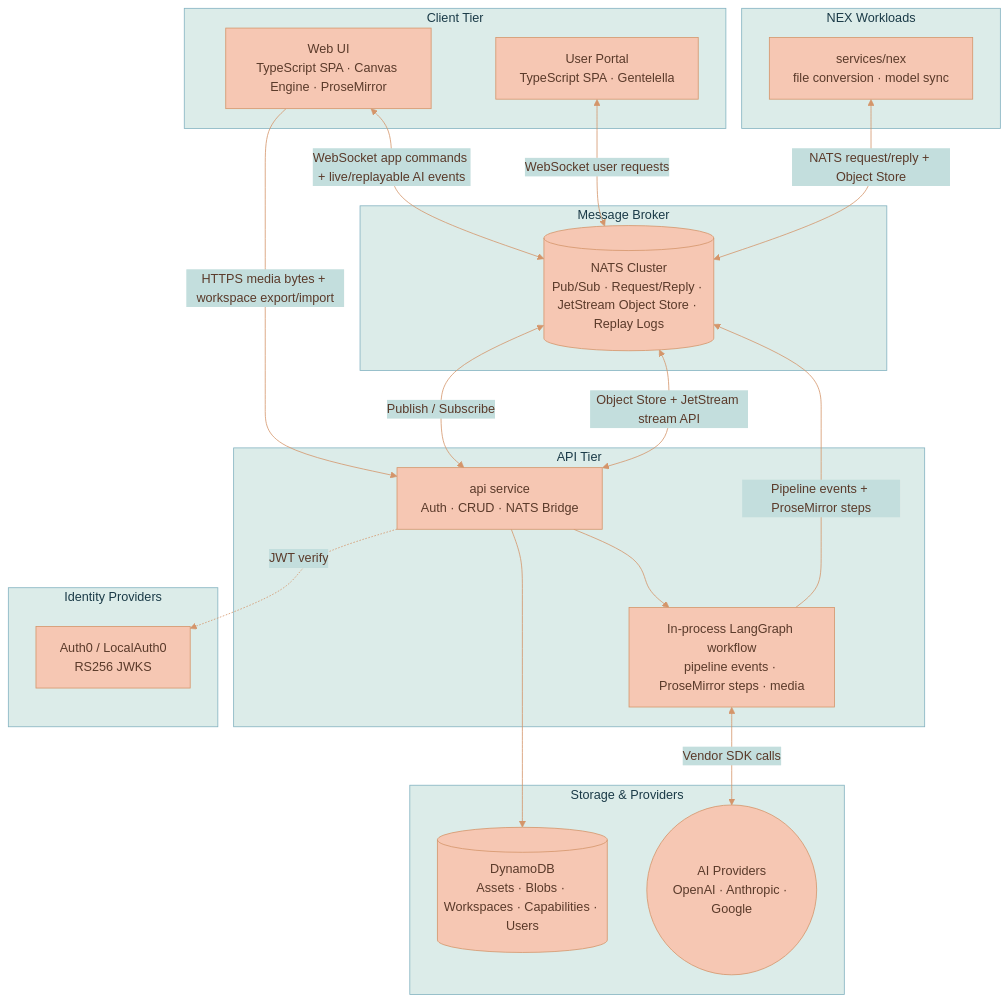
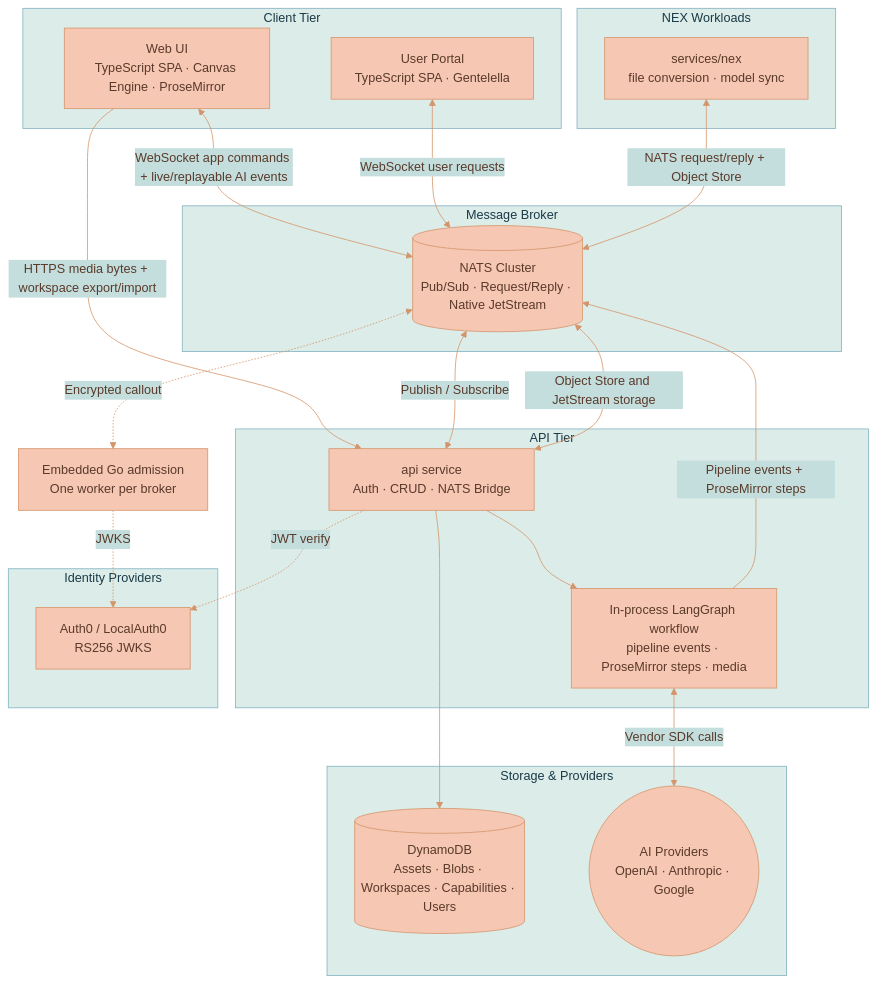
Before and after one commit to Lixpi/lixpi: the first of 2 diagrams in documentation/platform/SYSTEM-ARCHITECTURE.md, drawn with Mermaid. The commit also changed other lines of this file and 251 other files, not shown here.

````diff
--- a/documentation/platform/SYSTEM-ARCHITECTURE.md
+++ b/documentation/platform/SYSTEM-ARCHITECTURE.md
@@ -42,42 +42,46 @@
 ```mermaid
 %%{init: {'theme': 'base', 'themeVariables': { 'primaryColor': '#F6C7B3', 'primaryTextColor': '#5a3a2a', 'primaryBorderColor': '#d4956a', 'secondaryColor': '#C3DEDD', 'secondaryTextColor': '#1a3a47', 'secondaryBorderColor': '#4a8a9d', 'tertiaryColor': '#DCECE9', 'tertiaryTextColor': '#1a3a47', 'tertiaryBorderColor': '#82B2C0', 'lineColor': '#d4956a', 'textColor': '#5a3a2a'}}}%%
 graph TB
     subgraph Client["Client Tier"]
         UI["Web UI<br/>TypeScript SPA · Canvas Engine · ProseMirror"]
         Portal["User Portal<br/>TypeScript SPA · Gentelella"]
     end
 
     subgraph Broker["Message Broker"]
-        NATS[("NATS Cluster<br/>Pub/Sub · Request/Reply · JetStream Object Store · Replay Logs")]
+        NATS[("NATS Cluster<br/>Pub/Sub · Request/Reply · Native JetStream")]
     end
 
     subgraph Backend["API Tier"]
         API["api service<br/>Auth · CRUD · NATS Bridge"]
         LLM["In-process LangGraph workflow<br/>pipeline events · ProseMirror steps · media"]
     end
 
     subgraph Workers["NEX Workloads"]
         NEX["services/nex<br/>file conversion · model sync"]
     end
+
+    Admission["Embedded Go admission<br/>One worker per broker"]
+    NATS <-.->|Encrypted callout| Admission
+    Admission -.->|JWKS| Auth
 
     subgraph Identity["Identity Providers"]
         Auth["Auth0 / LocalAuth0<br/>RS256 JWKS"]
     end
 
     subgraph Storage["Storage & Providers"]
         DDB[("DynamoDB<br/>Assets · Blobs · Workspaces · Capabilities · Users")]
         Provider(("AI Providers<br/>OpenAI · Anthropic · Google"))
     end
 
     UI <-->|WebSocket app commands + live/replayable AI events| NATS
     UI -->|HTTPS media bytes + workspace export/import| API
     Portal <-->|WebSocket user requests| NATS
     NATS <-->|Publish / Subscribe| API
     API --> LLM
     API --> DDB
-    API <-->|Object Store + JetStream stream API| NATS
+    API <-->|Object Store and JetStream storage| NATS
     NEX <-->|NATS request/reply + Object Store| NATS
     LLM -->|Pipeline events + ProseMirror steps| NATS
     LLM <-->|Vendor SDK calls| Provider
     API -.->|JWT verify| Auth
 ```
````
